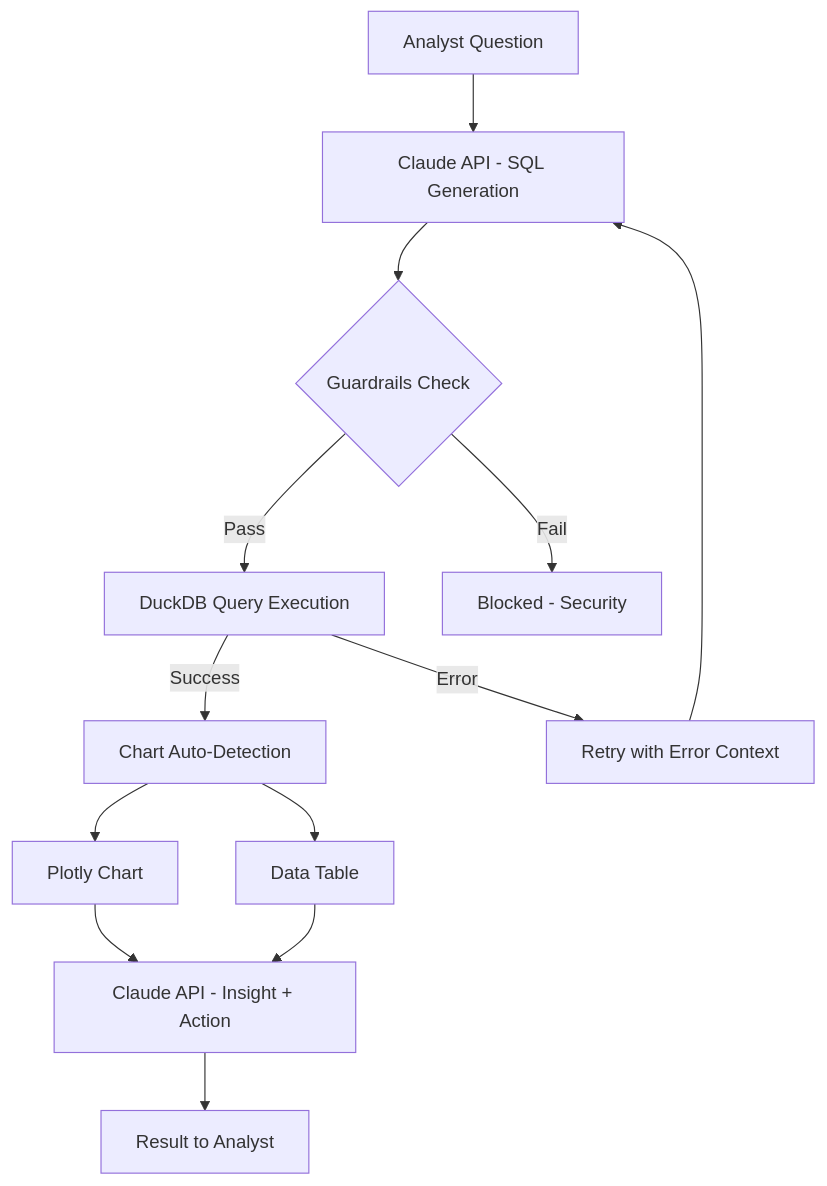
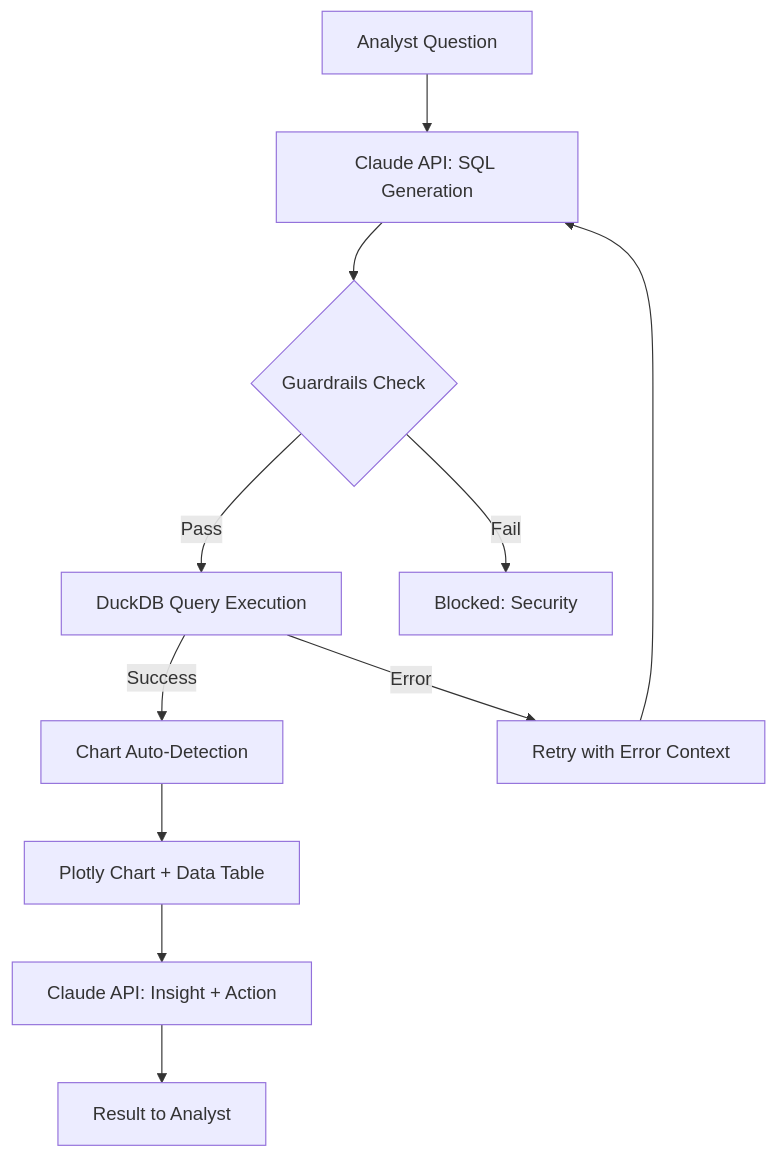
One commit to ankitasaha34/ts-analyst-copilot changed the diagram in readme.md. Above: the diagram before and after it, drawn with Mermaid. The commit also changed other lines of this file, not shown here.

````diff
--- a/readme.md
+++ b/readme.md
@@ -18,15 +19,13 @@
 ```mermaid
 flowchart TD
-    A[Analyst Question] --> B[Claude API - SQL Generation]
+    A[Analyst Question] --> B[Claude API: SQL Generation]
     B --> C{Guardrails Check}
     C -->|Pass| D[DuckDB Query Execution]
-    C -->|Fail| E[Blocked - Security]
+    C -->|Fail| E[Blocked: Security]
     D -->|Success| F[Chart Auto-Detection]
     D -->|Error| G[Retry with Error Context]
     G --> B
-    F --> H[Plotly Chart]
-    F --> I[Data Table]
-    H --> J[Claude API - Insight + Action]
-    I --> J
+    F --> H[Plotly Chart + Data Table]
+    H --> J[Claude API: Insight + Action]
     J --> K[Result to Analyst]
 ```
````
